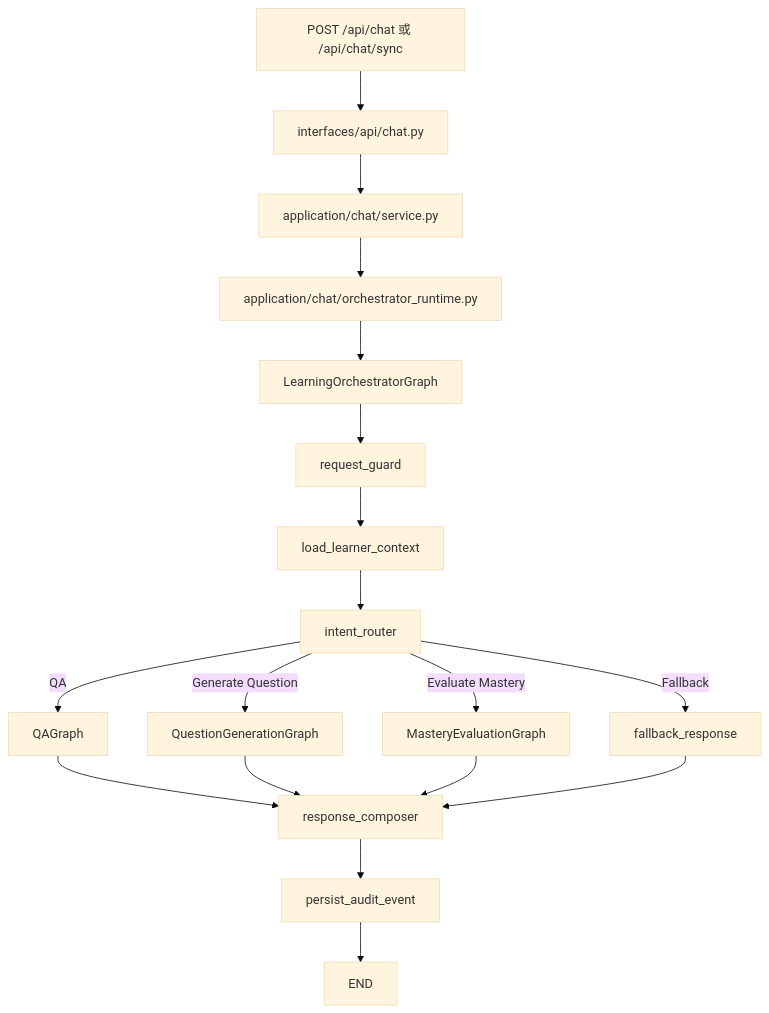
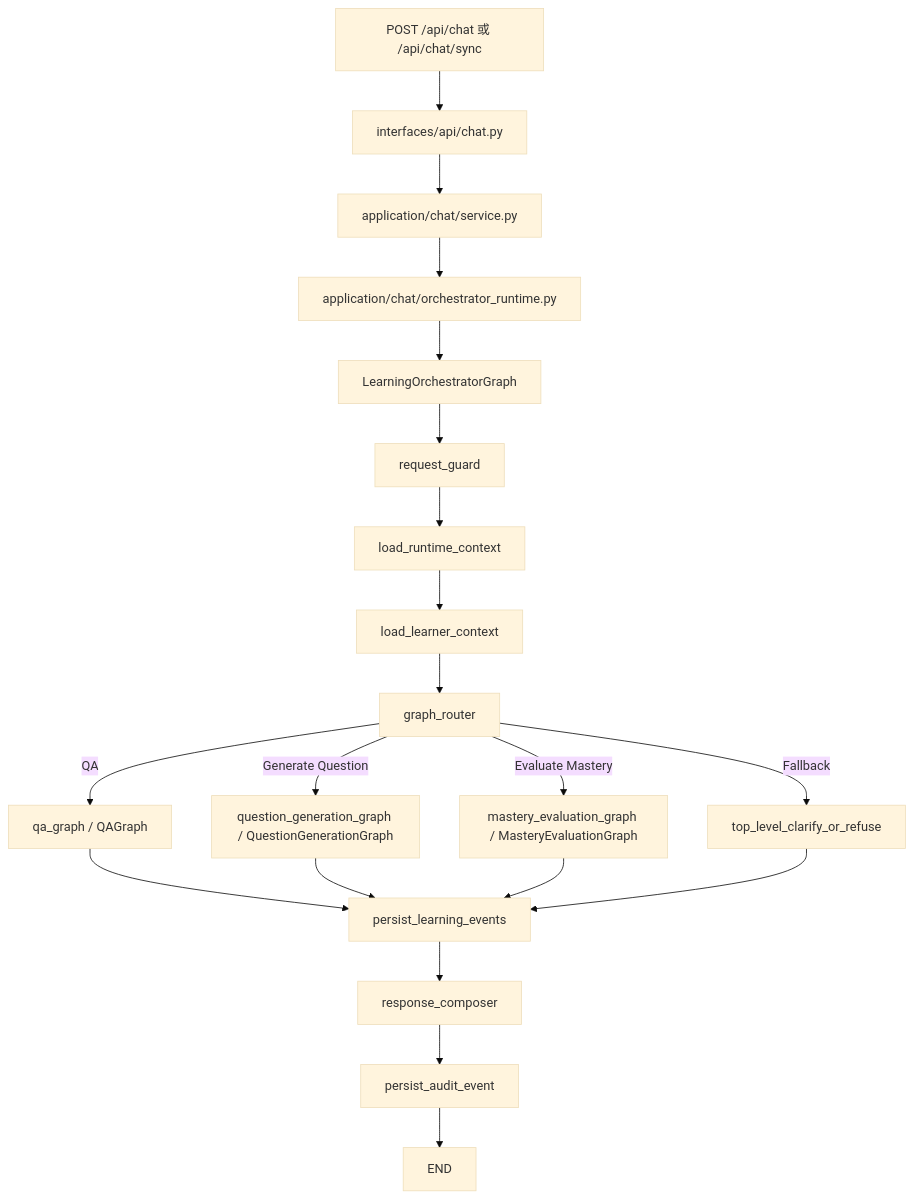
Before and after one commit to Xiaomuw/Learning-assistant: the diagram in docs/langgraph-overview.md, drawn with Mermaid (base theme). The commit also changed 3 other files, not shown here.

Commit message:
docs: sync graph deployment documentation

````diff
--- a/docs/langgraph-overview.md
+++ b/docs/langgraph-overview.md
@@ -17,20 +17,22 @@
 ```mermaid
 flowchart TD
     A["POST /api/chat 或 /api/chat/sync"] --> B["interfaces/api/chat.py"]
     B --> C["application/chat/service.py"]
     C --> D["application/chat/orchestrator_runtime.py"]
     D --> O["LearningOrchestratorGraph"]
     O --> R["request_guard"]
-    R --> L["load_learner_context"]
-    L --> I["intent_router"]
-    I -->|QA| QA["QAGraph"]
-    I -->|Generate Question| QG["QuestionGenerationGraph"]
-    I -->|Evaluate Mastery| ME["MasteryEvaluationGraph"]
-    I -->|Fallback| F["fallback_response"]
-    QA --> RC["response_composer"]
-    QG --> RC
-    ME --> RC
-    F --> RC
+    R --> RT["load_runtime_context"]
+    RT --> L["load_learner_context"]
+    L --> I["graph_router"]
+    I -->|QA| QA["qa_graph / QAGraph"]
+    I -->|Generate Question| QG["question_generation_graph / QuestionGenerationGraph"]
+    I -->|Evaluate Mastery| ME["mastery_evaluation_graph / MasteryEvaluationGraph"]
+    I -->|Fallback| F["top_level_clarify_or_refuse"]
+    QA --> PE["persist_learning_events"]
+    QG --> PE
+    ME --> PE
+    F --> PE
+    PE --> RC["response_composer"]
     RC --> P["persist_audit_event"]
     P --> E["END"]
 ```
````
